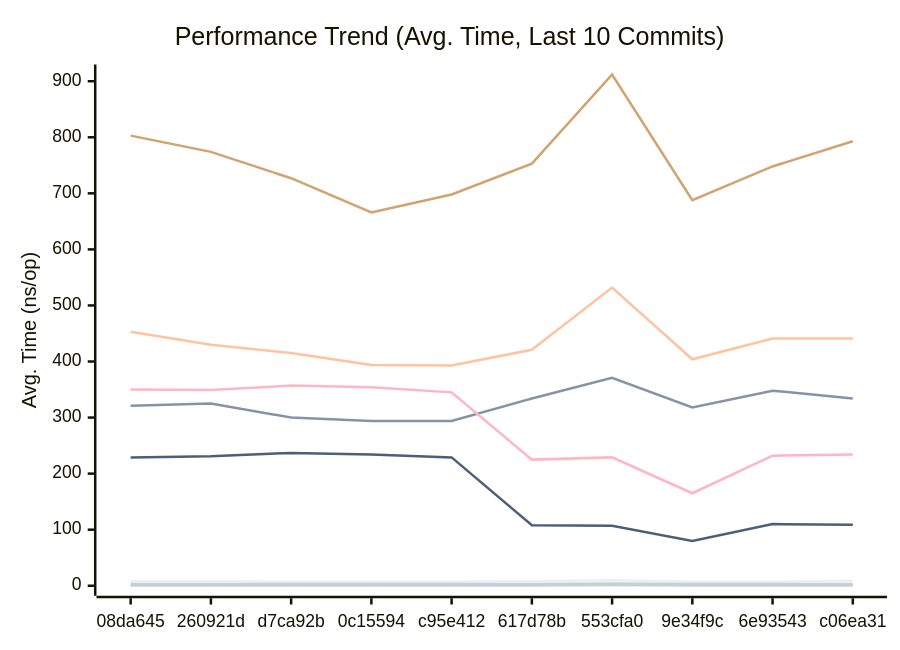
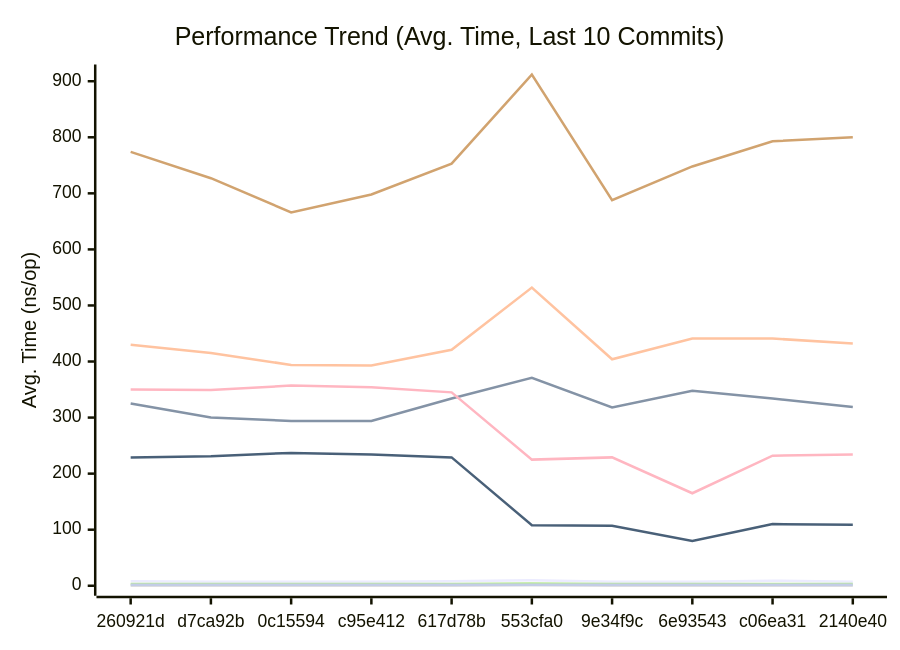
The first of 3 diagrams in docs/PERFORMANCE.md (alsotoes/momo), drawn with Mermaid before and after one commit. The commit also changed other lines of this file and 2 other files, not shown here.

Commit message:
fix: simplify k6 load test for CI (PUT-only, lower VUs, lenient thresholds)

````diff
--- a/docs/PERFORMANCE.md
+++ b/docs/PERFORMANCE.md
@@ -80,16 +80,16 @@
 ```mermaid
 xychart-beta
     title "Performance Trend (Avg. Time, Last 10 Commits)"
     x-axis "Commit"
     y-axis "Avg. Time (ns/op)"
-    x-axis [08da645,260921d,d7ca92b,0c15594,c95e412,617d78b,553cfa0,9e34f9c,6e93543,c06ea31]
-    line "CheckMetricsAndSwap" [8,8,7,7,7,8,10,7,7,9]
-    line "CrushOptimized" [321,325,300,294,294,334,371,318,348,334]
-    line "CrushOriginal" [453,430,415,394,393,421,532,404,441,441]
-    line "IndexDirectTracking" [0,0,0,0,0,0,1,0,0,0]
-    line "IndexSearch" [3,3,3,3,3,3,4,3,3,3]
-    line "LoadGlobalConfig" [803,774,727,666,698,753,912,688,748,793]
+    x-axis [260921d,d7ca92b,0c15594,c95e412,617d78b,553cfa0,9e34f9c,6e93543,c06ea31,2140e40]
+    line "CheckMetricsAndSwap" [8,7,7,7,8,10,7,7,9,7]
+    line "CrushOptimized" [325,300,294,294,334,371,318,348,334,319]
+    line "CrushOriginal" [430,415,394,393,421,532,404,441,441,432]
+    line "IndexDirectTracking" [0,0,0,0,0,1,0,0,0,0]
+    line "IndexSearch" [3,3,3,3,3,4,3,3,3,3]
+    line "LoadGlobalConfig" [774,727,666,698,753,912,688,748,793,800]
     line "PadString" [2,2,2,2,2,2,2,2,2,2]
     line "ParseReplicationOrder_NoPrealloc" [350,349,357,354,345,225,229,165,232,234]
     line "ParseReplicationOrder_Prealloc" [229,231,237,234,229,108,107,80,110,109]
 ```
````
